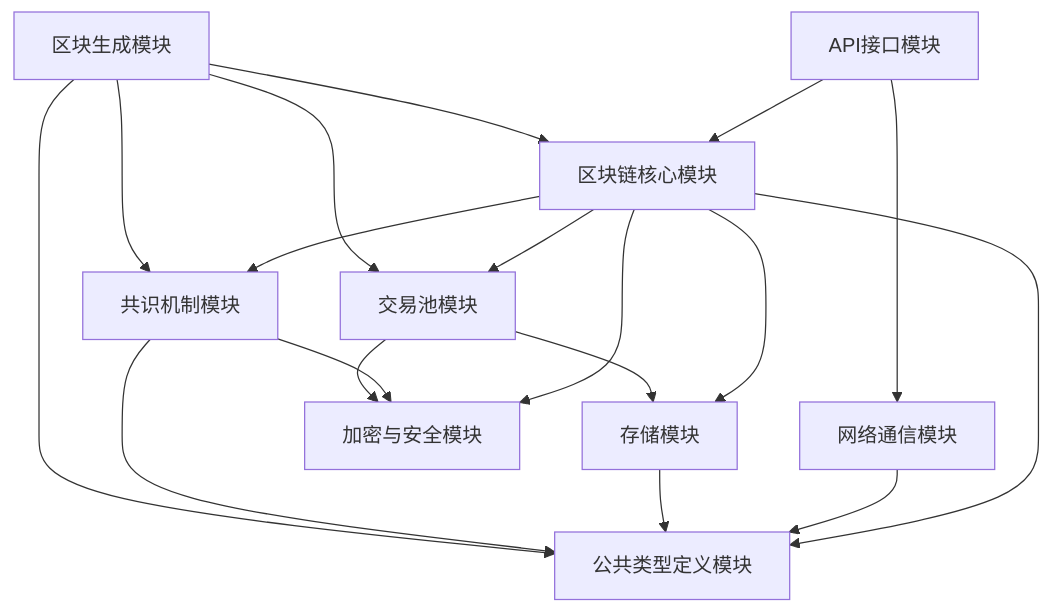
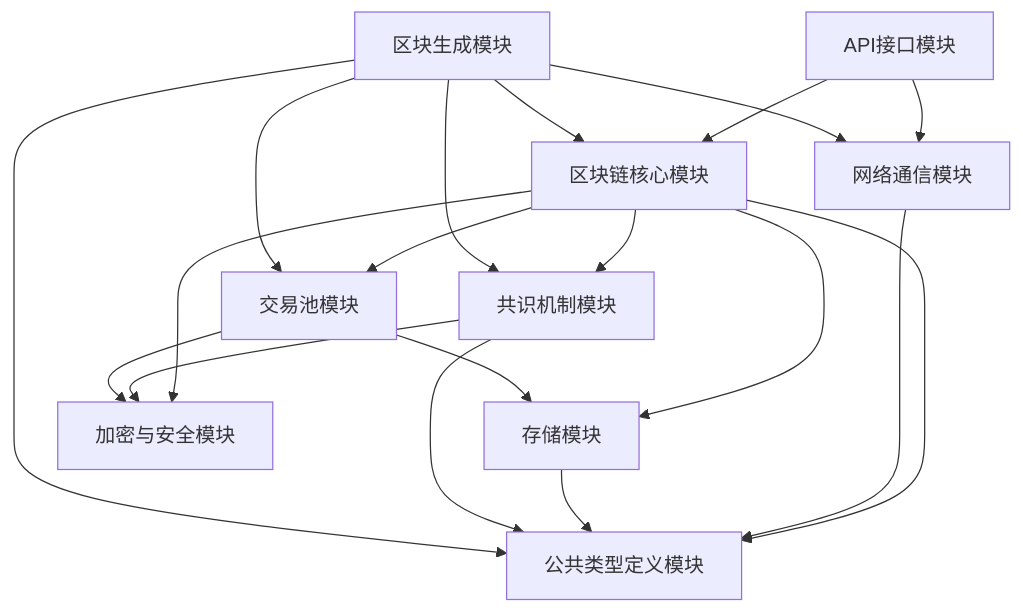
Before and after one commit to lengzhao/govm: the diagram in docs/module_structure.md, drawn with Mermaid. The commit also changed other lines of this file and 1 other file, not shown here.

````diff
--- a/docs/module_structure.md
+++ b/docs/module_structure.md
@@ -95,20 +99,21 @@
 ```mermaid
 graph TD
     A[API接口模块] --> B[区块链核心模块]
-    A --> C[网络通信模块]
+    A --> N[网络通信模块]
     B --> D[存储模块]
     B --> E[共识机制模块]
     B --> F[加密与安全模块]
     B --> G[公共类型定义模块]
     B --> H[交易池模块]
-    C --> G
+    N --> G
     D --> G
     E --> F
     E --> G
     H --> D
     H --> F
     I[区块生成模块] --> B
     I --> E
     I --> H
+    I --> N
     I --> G
 ```
````
